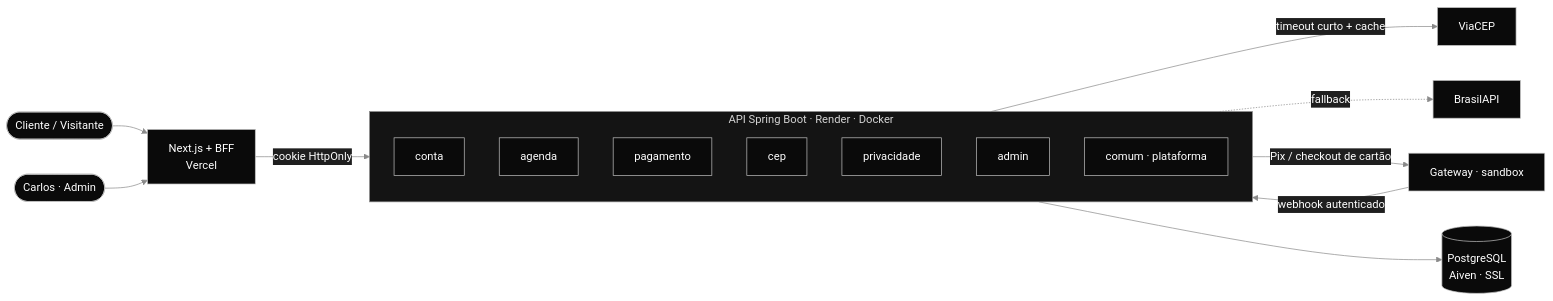
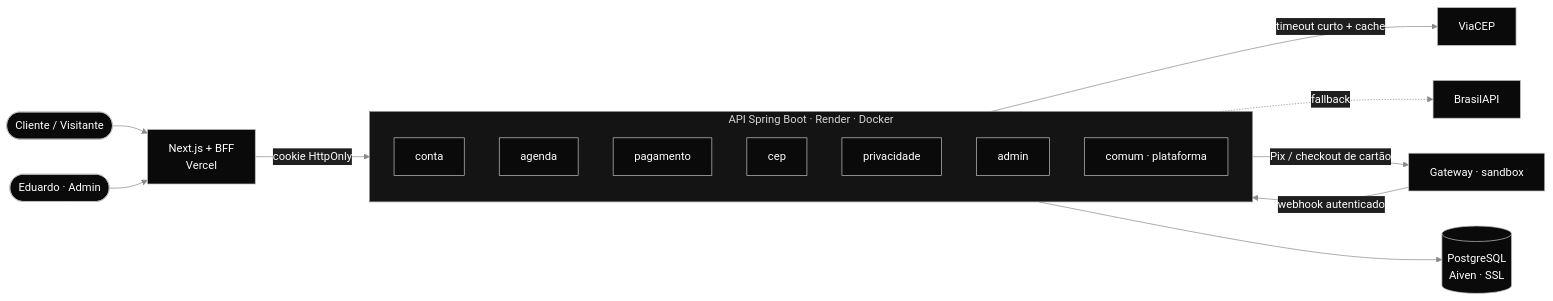
One commit to k3vinrich4rd/barbearia-altas-horas changed the third of 4 diagrams in README.md. Above: the diagram before and after it, drawn with Mermaid. The commit also changed other lines of this file and 7 other files, not shown here.

````diff
--- a/README.md
+++ b/README.md
@@ -186,22 +223,22 @@
 ```mermaid
 %%{init: {'theme':'base','themeVariables':{'primaryColor':'#0A0A0A','primaryTextColor':'#FFFFFF','primaryBorderColor':'#C0C0C0','lineColor':'#8A8A8A','secondaryColor':'#1F1F1F','tertiaryColor':'#2B2B2B','clusterBkg':'#141414','clusterBorder':'#8A8A8A','edgeLabelBackground':'#1F1F1F','fontFamily':'Helvetica, Arial, sans-serif'}}}%%
 flowchart LR
     cliente([Cliente / Visitante]) --> front[Next.js + BFF<br/>Vercel]
-    barbeiro([Carlos · Admin]) --> front
+    barbeiro([Eduardo · Admin]) --> front
     front -- "cookie HttpOnly" --> api
     subgraph api [API Spring Boot · Render · Docker]
         direction TB
         conta[conta]
         agenda[agenda]
         pagamento[pagamento]
         cep[cep]
         privacidade[privacidade]
         admin[admin]
         comum[comum · plataforma]
     end
     api --> db[(PostgreSQL<br/>Aiven · SSL)]
     cep -- "timeout curto + cache" --> viacep[ViaCEP]
     cep -. fallback .-> brasilapi[BrasilAPI]
     pagamento -- "Pix / checkout de cartão" --> gateway[Gateway · sandbox]
     gateway -- "webhook autenticado" --> pagamento
 ```
````
